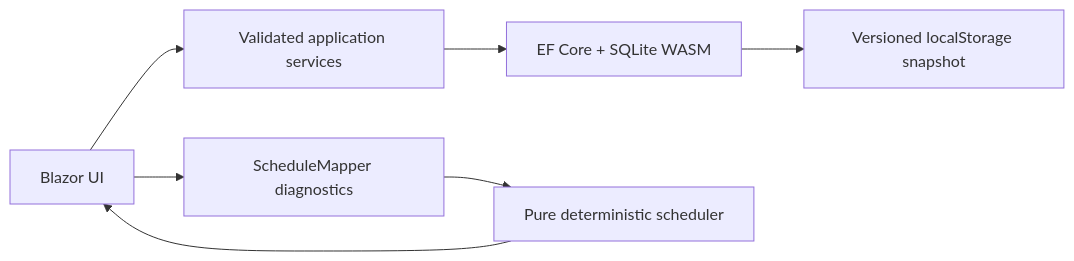
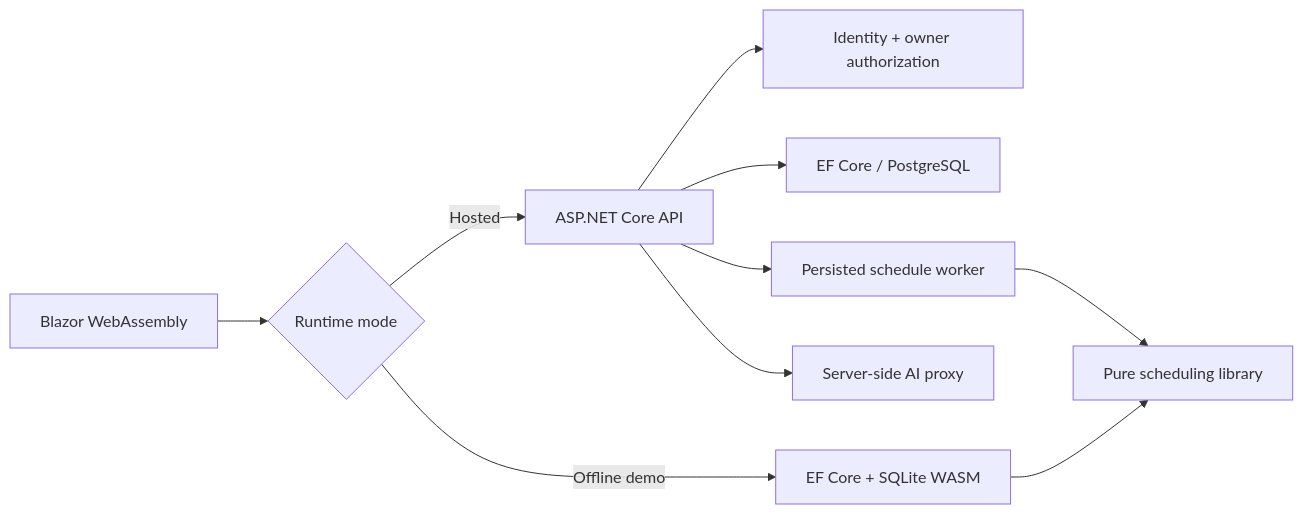
The diagram in README.md (aco993/WorkPlanStudio), drawn with Mermaid before and after one commit. The commit also changed other lines of this file and 17 other files, not shown here.

Commit message:
docs(portfolio): document architecture evidence and interview defense

````diff
--- a/README.md
+++ b/README.md
@@ -86,9 +35,12 @@
 ```mermaid
 flowchart LR
-    UI["Blazor UI"] --> SVC["Validated application services"]
-    SVC --> DB["EF Core + SQLite WASM"]
-    DB --> LS["Versioned localStorage snapshot"]
-    UI --> PREP["ScheduleMapper diagnostics"]
-    PREP --> CORE["Pure deterministic scheduler"]
-    CORE --> UI
+    UI["Blazor WebAssembly"] --> MODE{"Runtime mode"}
+    MODE -->|Hosted| API["ASP.NET Core API"]
+    API --> AUTH["Identity + owner authorization"]
+    API --> DB["EF Core / PostgreSQL"]
+    API --> JOB["Persisted schedule worker"]
+    JOB --> CORE["Pure scheduling library"]
+    API --> AIP["Server-side AI proxy"]
+    MODE -->|Offline demo| WASM["EF Core + SQLite WASM"]
+    WASM --> CORE
 ```
````
